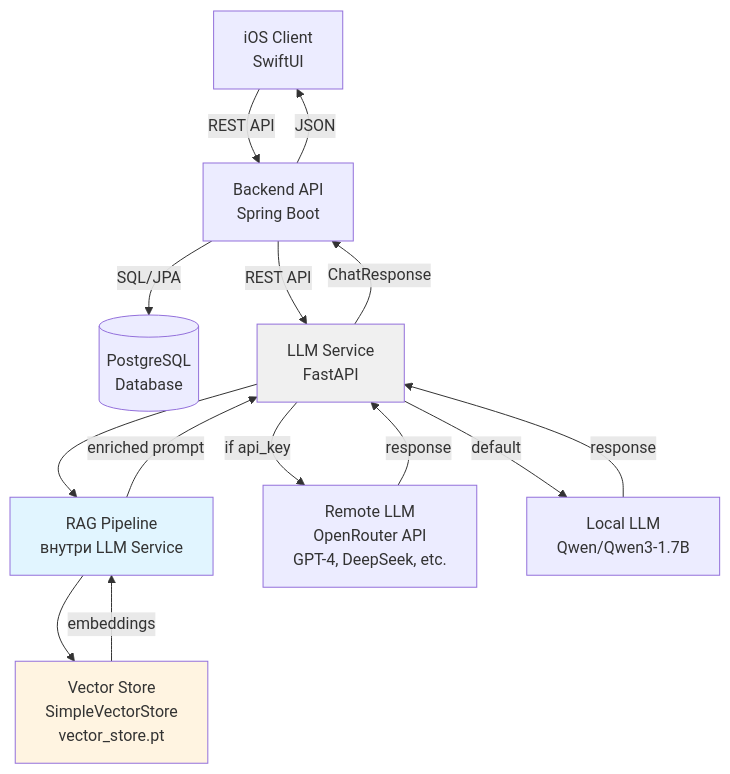
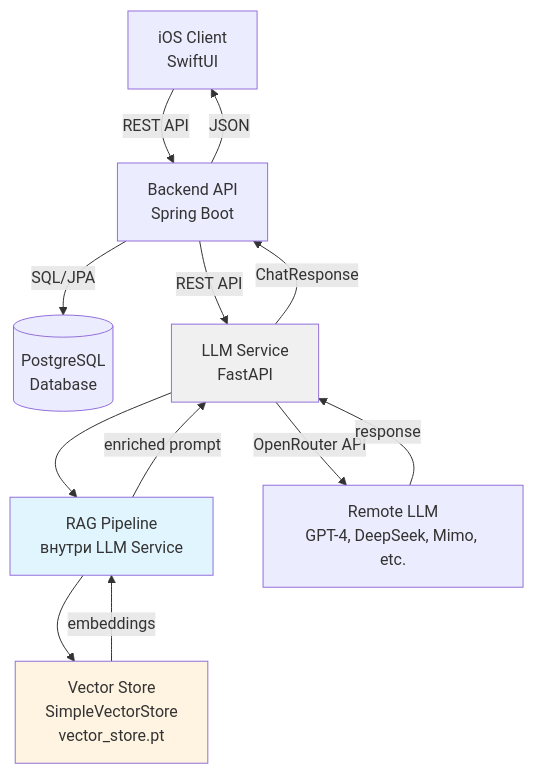
One commit to Mirsaitoch/HalalAI changed the diagram in README.md. Above: the diagram before and after it, drawn with Mermaid. The commit also changed other lines of this file and 86 other files, not shown here.

````diff
--- a/README.md
+++ b/README.md
@@ -54,23 +52,21 @@
 ```mermaid
 graph TB
     iOS[iOS Client<br/>SwiftUI] -->|REST API| Backend[Backend API<br/>Spring Boot]
     Backend -->|SQL/JPA| DB[(PostgreSQL<br/>Database)]
     Backend -->|REST API| LLM[LLM Service<br/>FastAPI]
     
     LLM --> RAG[RAG Pipeline<br/>внутри LLM Service]
     RAG --> Vector[Vector Store<br/>SimpleVectorStore<br/>vector_store.pt]
     Vector -->|embeddings| RAG
     
     RAG -->|enriched prompt| LLM
-    LLM -->|if api_key| Remote[Remote LLM<br/>OpenRouter API<br/>GPT-4, DeepSeek, etc.]
-    LLM -->|default| Local[Local LLM<br/>Qwen/Qwen3-1.7B]
-    
+    LLM -->|OpenRouter API| Remote[Remote LLM<br/>GPT-4, DeepSeek, Mimo, etc.]
+
     Remote -->|response| LLM
-    Local -->|response| LLM
     LLM -->|ChatResponse| Backend
     Backend -->|JSON| iOS
     
     style RAG fill:#e1f5ff
     style Vector fill:#fff4e1
     style LLM fill:#f0f0f0
 ```
````
